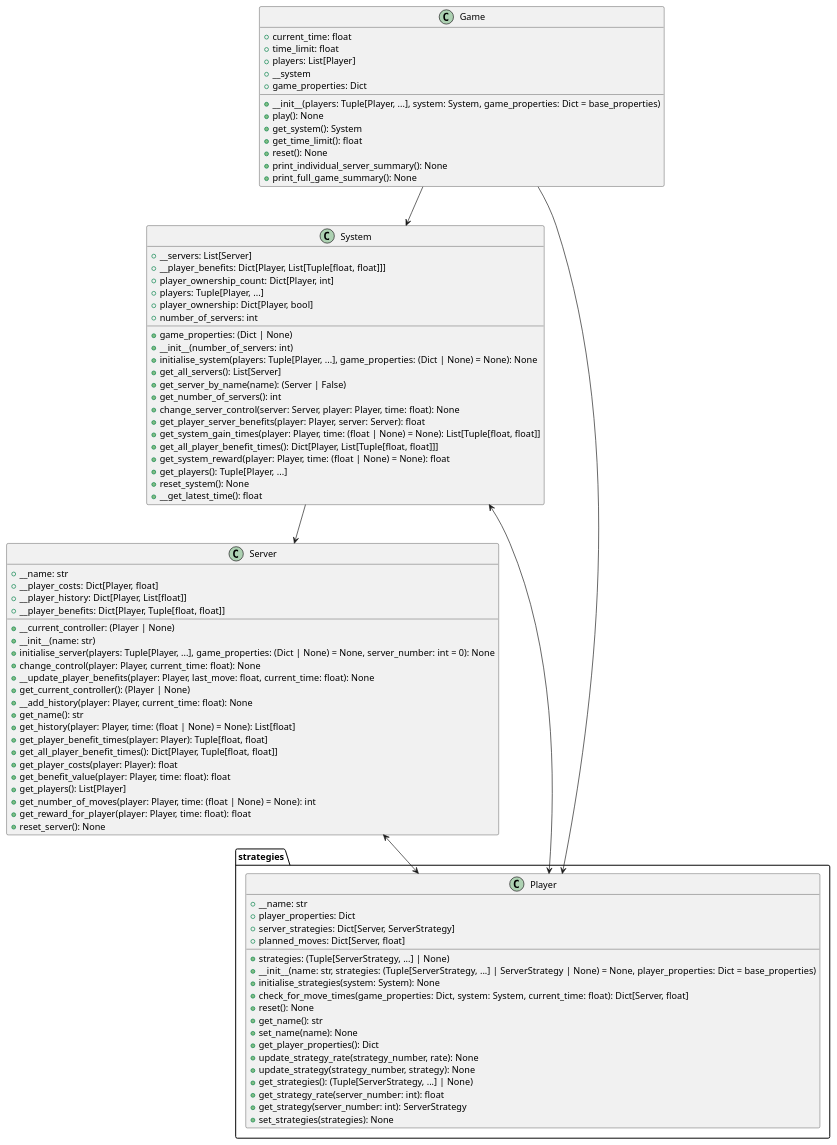
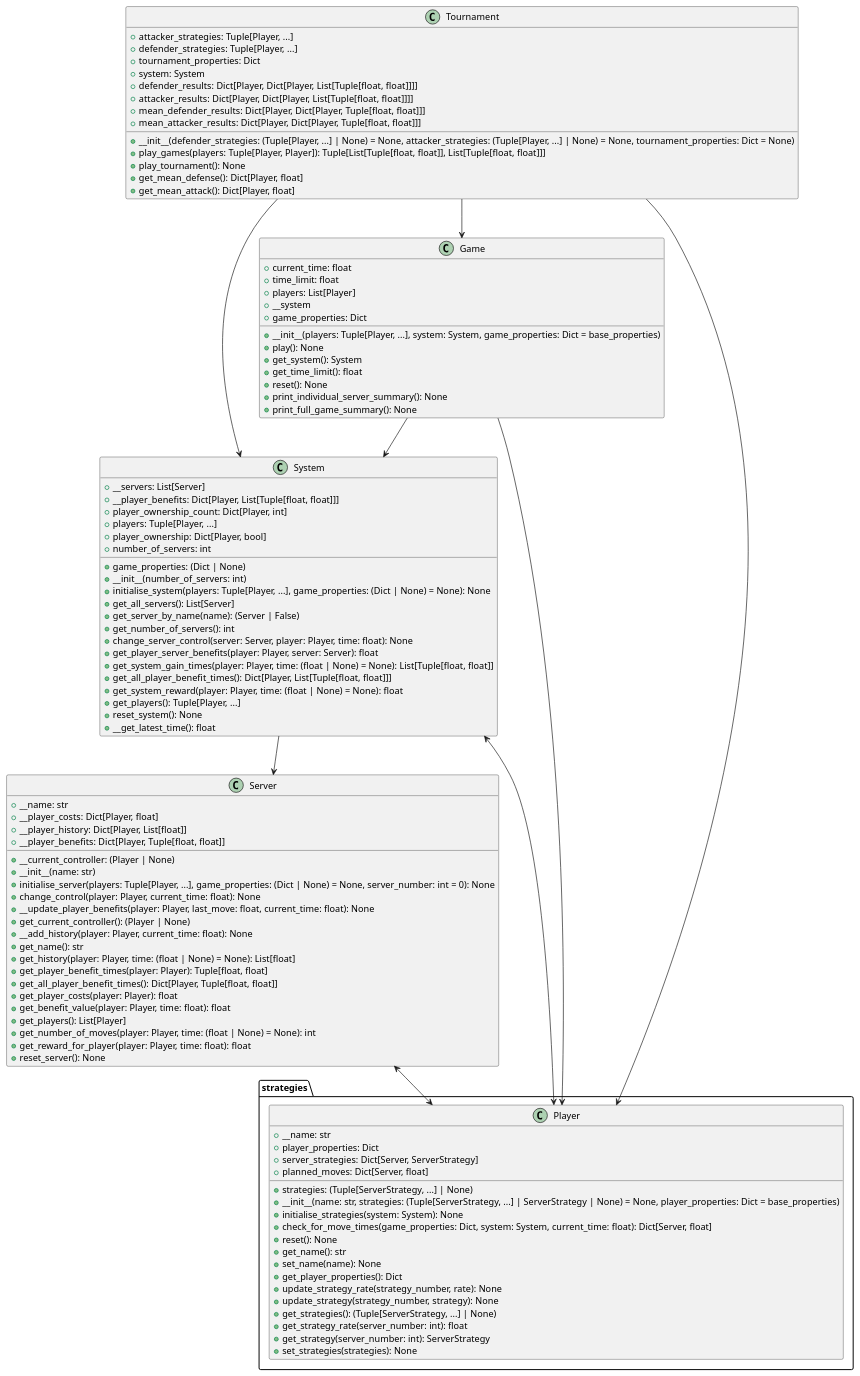
Before and after one commit to ruipimentel/FlipThem-Simulation: the diagram in DOCS/class-diagram.puml, drawn with PlantUML. The commit also changed 1 other file, not shown here.

Commit message:
Increments documentation on `Tournament` class.

```diff
--- a/DOCS/class-diagram.puml
+++ b/DOCS/class-diagram.puml
@@ -1,96 +1,115 @@
 @startuml "class-diagram"
+
+class Tournament {
+  + attacker_strategies: Tuple[Player, ...]
+  + defender_strategies: Tuple[Player, ...]
+  + tournament_properties: Dict
+  + system: System
+  + defender_results: Dict[Player, Dict[Player, List[Tuple[float, float]]]]
+  + attacker_results: Dict[Player, Dict[Player, List[Tuple[float, float]]]]
+  + mean_defender_results: Dict[Player, Dict[Player, Tuple[float, float]]]
+  + mean_attacker_results: Dict[Player, Dict[Player, Tuple[float, float]]]
+  + __init__(defender_strategies: (Tuple[Player, ...] | None) = None, attacker_strategies: (Tuple[Player, ...] | None) = None, tournament_properties: Dict = None)
+  + play_games(players: Tuple[Player, Player]): Tuple[List[Tuple[float, float]], List[Tuple[float, float]]]
+  + play_tournament(): None
+  + get_mean_defense(): Dict[Player, float]
+  + get_mean_attack(): Dict[Player, float]
+}
 
 class Game {
   + current_time: float
   + time_limit: float
   + players: List[Player]
   + __system
   + game_properties: Dict
   + __init__(players: Tuple[Player, ...], system: System, game_properties: Dict = base_properties)
   + play(): None
   + get_system(): System
   + get_time_limit(): float
   + reset(): None
   + print_individual_server_summary(): None
   + print_full_game_summary(): None
 }
 
 class System {
   + __servers: List[Server]
   + __player_benefits: Dict[Player, List[Tuple[float, float]]]
   + player_ownership_count: Dict[Player, int]
   + players: Tuple[Player, ...]
   + player_ownership: Dict[Player, bool]
   + game_properties: (Dict | None)
   + number_of_servers: int
   + __init__(number_of_servers: int)
   + initialise_system(players: Tuple[Player, ...], game_properties: (Dict | None) = None): None
   + get_all_servers(): List[Server]
   + get_server_by_name(name): (Server | False)
   + get_number_of_servers(): int
   + change_server_control(server: Server, player: Player, time: float): None
   + get_player_server_benefits(player: Player, server: Server): float
   + get_system_gain_times(player: Player, time: (float | None) = None): List[Tuple[float, float]]
   + get_all_player_benefit_times(): Dict[Player, List[Tuple[float, float]]]
   + get_system_reward(player: Player, time: (float | None) = None): float
   + get_players(): Tuple[Player, ...]
   + reset_system(): None
   + __get_latest_time(): float
 }
 
 class Server {
   + __name: str
   + __current_controller: (Player | None)
   + __player_costs: Dict[Player, float]
   + __player_history: Dict[Player, List[float]]
   + __player_benefits: Dict[Player, Tuple[float, float]]
   + __init__(name: str)
   + initialise_server(players: Tuple[Player, ...], game_properties: (Dict | None) = None, server_number: int = 0): None
   + change_control(player: Player, current_time: float): None
   + __update_player_benefits(player: Player, last_move: float, current_time: float): None
   + get_current_controller(): (Player | None)
   + __add_history(player: Player, current_time: float): None
   + get_name(): str
   + get_history(player: Player, time: (float | None) = None): List[float]
   + get_player_benefit_times(player: Player): Tuple[float, float]
   + get_all_player_benefit_times(): Dict[Player, Tuple[float, float]]
   + get_player_costs(player: Player): float
   + get_benefit_value(player: Player, time: float): float
   + get_players(): List[Player]
   + get_number_of_moves(player: Player, time: (float | None) = None): int
   + get_reward_for_player(player: Player, time: float): float
   + reset_server(): None
 }
 
 namespace strategies {
 
   class Player {
     + __name: str
     + player_properties: Dict
     + server_strategies: Dict[Server, ServerStrategy]
     + strategies: (Tuple[ServerStrategy, ...] | None)
     + planned_moves: Dict[Server, float]
     + __init__(name: str, strategies: (Tuple[ServerStrategy, ...] | ServerStrategy | None) = None, player_properties: Dict = base_properties)
     + initialise_strategies(system: System): None
     + check_for_move_times(game_properties: Dict, system: System, current_time: float): Dict[Server, float]
     + reset(): None
     + get_name(): str
     + set_name(name): None
     + get_player_properties(): Dict
     + update_strategy_rate(strategy_number, rate): None
     + update_strategy(strategy_number, strategy): None
     + get_strategies(): (Tuple[ServerStrategy, ...] | None)
     + get_strategy_rate(server_number: int): float
     + get_strategy(server_number: int): ServerStrategy
     + set_strategies(strategies): None
   }
 
 }
 
+Tournament --> Game
+Tournament --> System
+Tournament --> strategies.Player
 Game --> System
 Game --> strategies.Player
 System <--> strategies.Player
 System --> Server
 Server <--> strategies.Player
 
 @enduml
```
